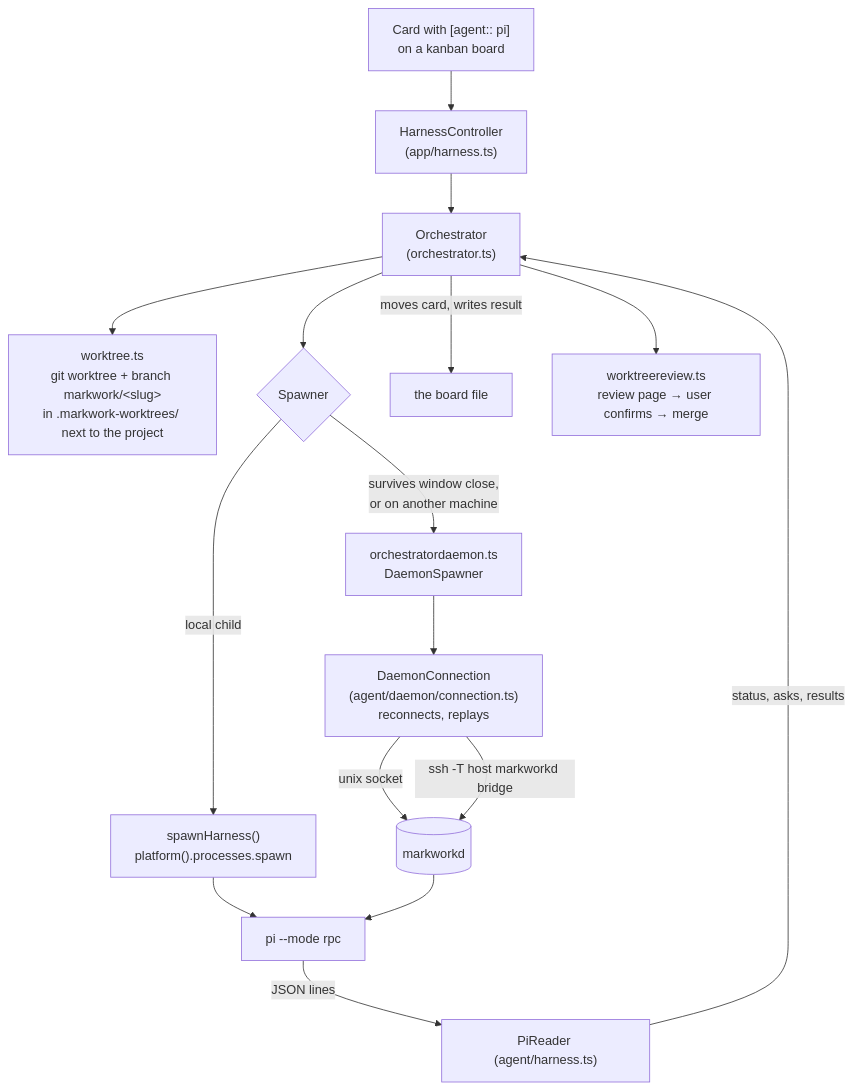
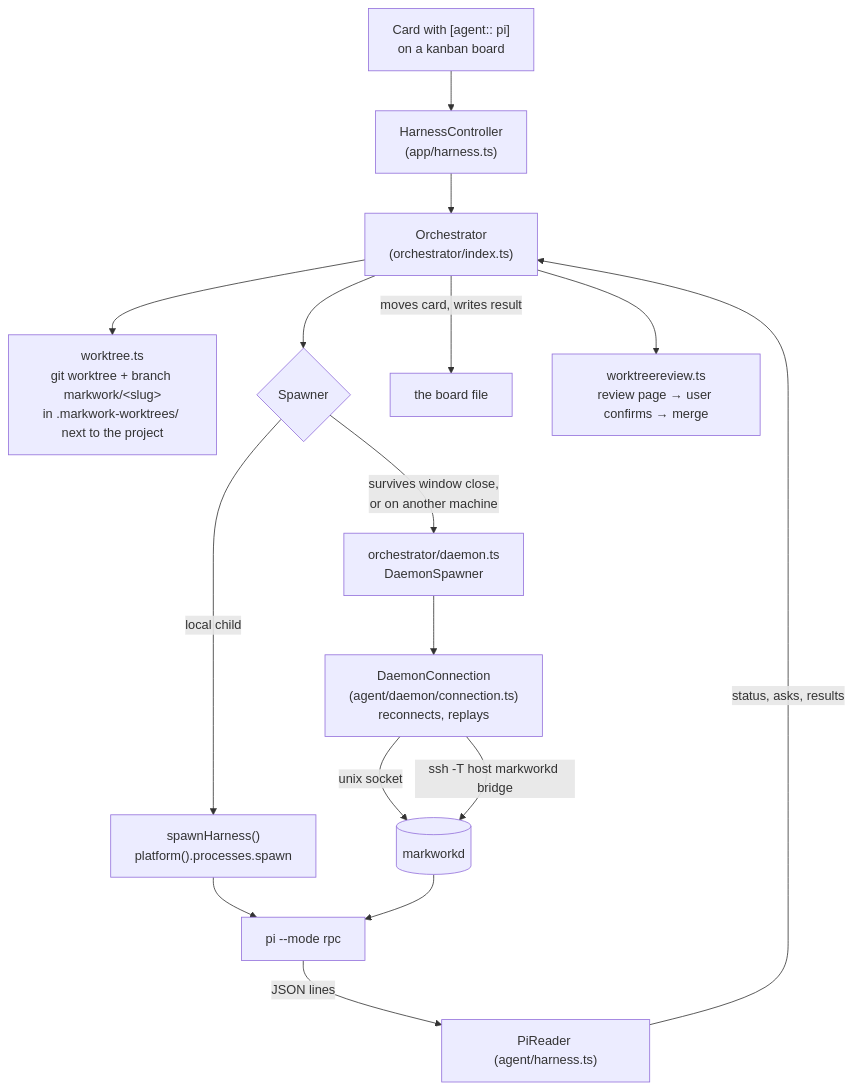
Before and after one commit to EkaPutCom/markwork: diagram 12 of 16 in docs/ONBOARDING.md, drawn with Mermaid. The commit also changed other lines of this file and 102 other files, not shown here.

````diff
--- a/docs/ONBOARDING.md
+++ b/docs/ONBOARDING.md
@@ -443,18 +444,18 @@
 ```mermaid
 flowchart TB
     card["Card with [agent:: pi]<br/>on a kanban board"] --> hc["HarnessController<br/>(app/harness.ts)"]
-    hc --> or["Orchestrator<br/>(orchestrator.ts)"]
+    hc --> or["Orchestrator<br/>(orchestrator/index.ts)"]
     or --> wt["worktree.ts<br/>git worktree + branch markwork/&lt;slug&gt;<br/>in .markwork-worktrees/ next to the project"]
     or --> sp{"Spawner"}
     sp -->|local child| sh["spawnHarness()<br/>platform().processes.spawn"]
-    sp -->|survives window close,<br/>or on another machine| ds["orchestratordaemon.ts<br/>DaemonSpawner"]
+    sp -->|survives window close,<br/>or on another machine| ds["orchestrator/daemon.ts<br/>DaemonSpawner"]
     ds --> conn["DaemonConnection<br/>(agent/daemon/connection.ts)<br/>reconnects, replays"]
     conn -->|unix socket| md[("markworkd")]
     conn -->|ssh -T host markworkd bridge| md
     sh --> agent["pi --mode rpc"]
     md --> agent
     agent -->|JSON lines| rd["PiReader (agent/harness.ts)"]
     rd -->|status, asks, results| or
     or -->|moves card, writes result| board["the board file"]
     or --> review["worktreereview.ts<br/>review page → user confirms → merge"]
 ```
````
